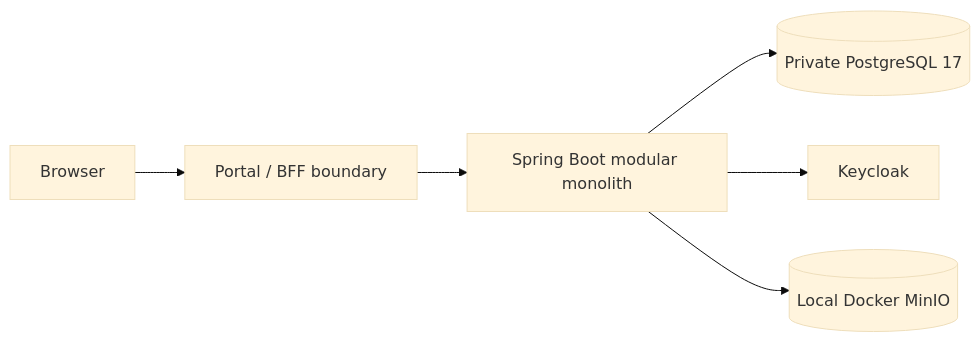
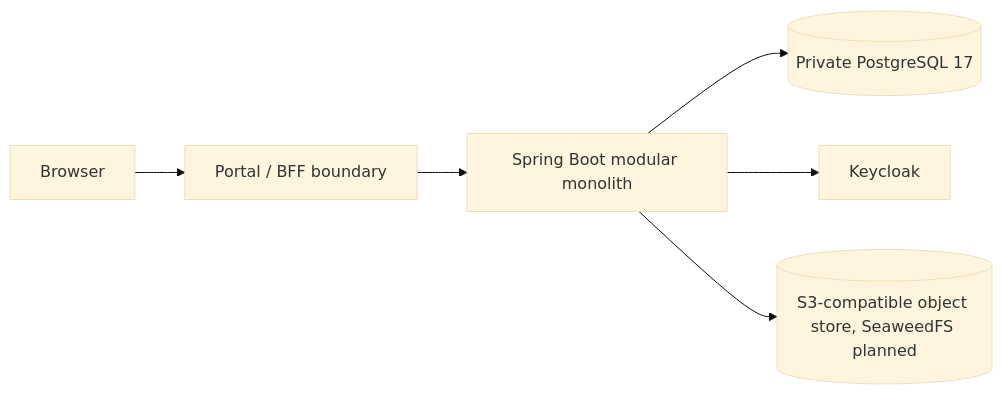
Before and after one commit to tricore-opentrix/opentrix: the diagram in docs/01-architecture/deployment-topology.md, drawn with Mermaid (base theme). The commit also changed other lines of this file and 12 other files, not shown here.

First line of the commit message:
docs: drop MinIO as the selected object store; fix link checker

````diff
--- a/docs/01-architecture/deployment-topology.md
+++ b/docs/01-architecture/deployment-topology.md
@@ -13,8 +13,8 @@
 ```mermaid
 flowchart LR
   Browser --> Portal[Portal / BFF boundary]
   Portal --> Backend[Spring Boot modular monolith]
   Backend --> PG[(Private PostgreSQL 17)]
   Backend --> KC[Keycloak]
-  Backend --> MinIO[(Local Docker MinIO)]
+  Backend --> ObjStore[(S3-compatible object store, SeaweedFS planned)]
 ```
````
